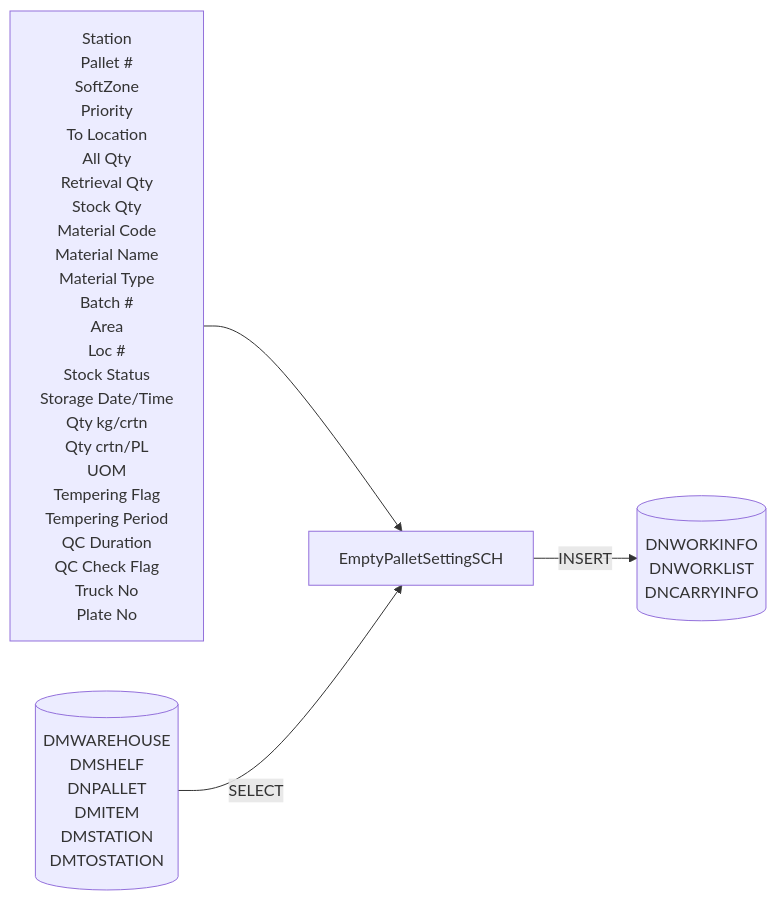
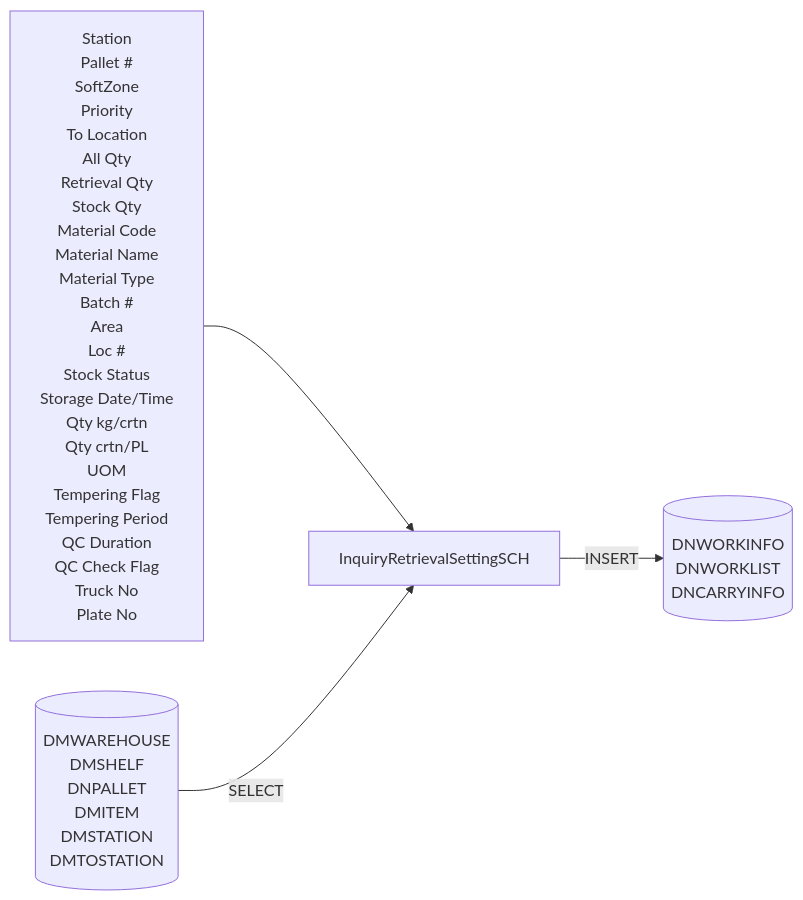
Before and after one commit to luthfiadityaa/SimeDarby-Wiki: the second of 9 diagrams in Basic-Design/DFD-WMS/Retrieval/Unplanned-Retrieval-from-OP-Area-(PKG).md, drawn with Mermaid.

Commit message:
Updated Unplanned Retrieval from OP Area (PKG)

```diff
--- a/Basic-Design/DFD-WMS/Retrieval/Unplanned-Retrieval-from-OP-Area-(PKG).md
+++ b/Basic-Design/DFD-WMS/Retrieval/Unplanned-Retrieval-from-OP-Area-(PKG).md
@@ -64,51 +64,51 @@
 ::: mermaid
 flowchart LR
 input[
 Station
 Pallet #
 SoftZone
 Priority
 To Location
 All Qty
 Retrieval Qty
 Stock Qty
 Material Code
 Material Name
 Material Type
 Batch #
 Area
 Loc #
 Stock Status
 Storage Date/Time
 Qty kg/crtn
 Qty crtn/PL
 UOM
 Tempering Flag
 Tempering Period
 QC Duration
 QC Check Flag
 Truck No
 Plate No
 ]
 
 tableList-insert[("
 DNWORKINFO
 DNWORKLIST
 DNCARRYINFO
 ")]
 
 tableList-select[("
 DMWAREHOUSE
 DMSHELF
 DNPALLET
 DMITEM
 DMSTATION
 DMTOSTATION
 ")]
 
 
-className[EmptyPalletSettingSCH]
+className[InquiryRetrievalSettingSCH]
 
 input --> className --> |INSERT| tableList-insert
 tableList-select --> |SELECT| className
 :::
```
